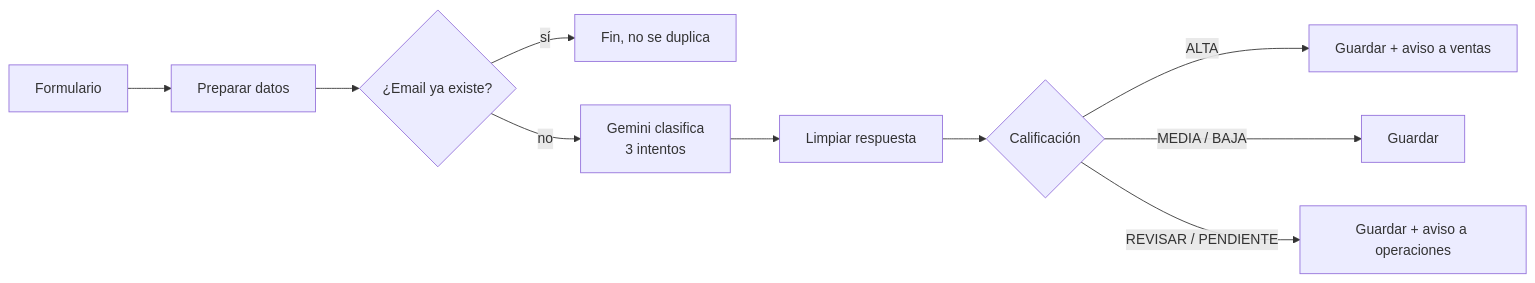
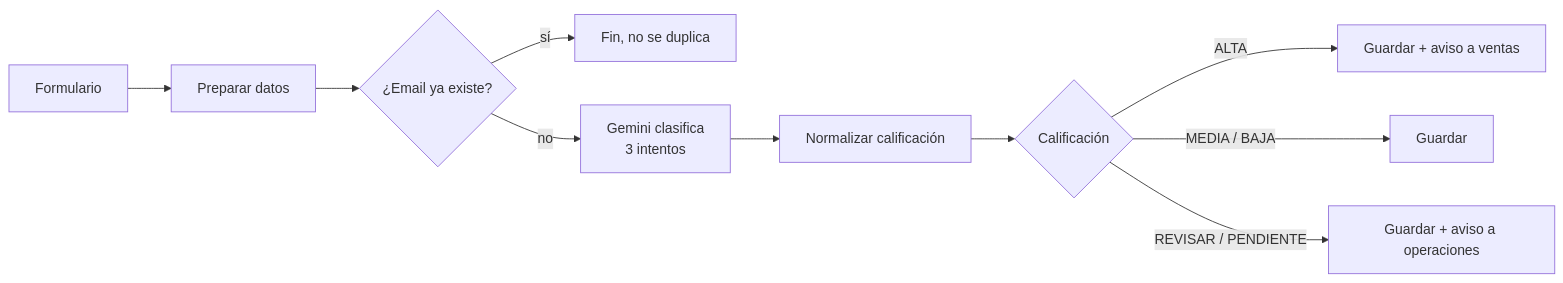
The diagram in Proyecto_1_Captacion_Leads.md (bazzit-cloud/n8n-automation-portfolio), drawn with Mermaid before and after one commit. The commit also changed other lines of this file and 17 other files, not shown here.

````diff
--- a/Proyecto_1_Captacion_Leads.md
+++ b/Proyecto_1_Captacion_Leads.md
@@ -20,12 +20,12 @@
 ```mermaid
 flowchart LR
     A[Formulario] --> B[Preparar datos]
     B --> C{¿Email ya existe?}
     C -->|sí| D[Fin, no se duplica]
     C -->|no| E[Gemini clasifica<br/>3 intentos]
-    E --> F[Limpiar respuesta]
+    E --> F[Normalizar calificación]
     F --> G{Calificación}
     G -->|ALTA| H[Guardar + aviso a ventas]
     G -->|MEDIA / BAJA| I[Guardar]
     G -->|REVISAR / PENDIENTE| R[Guardar + aviso a operaciones]
 ```
````
